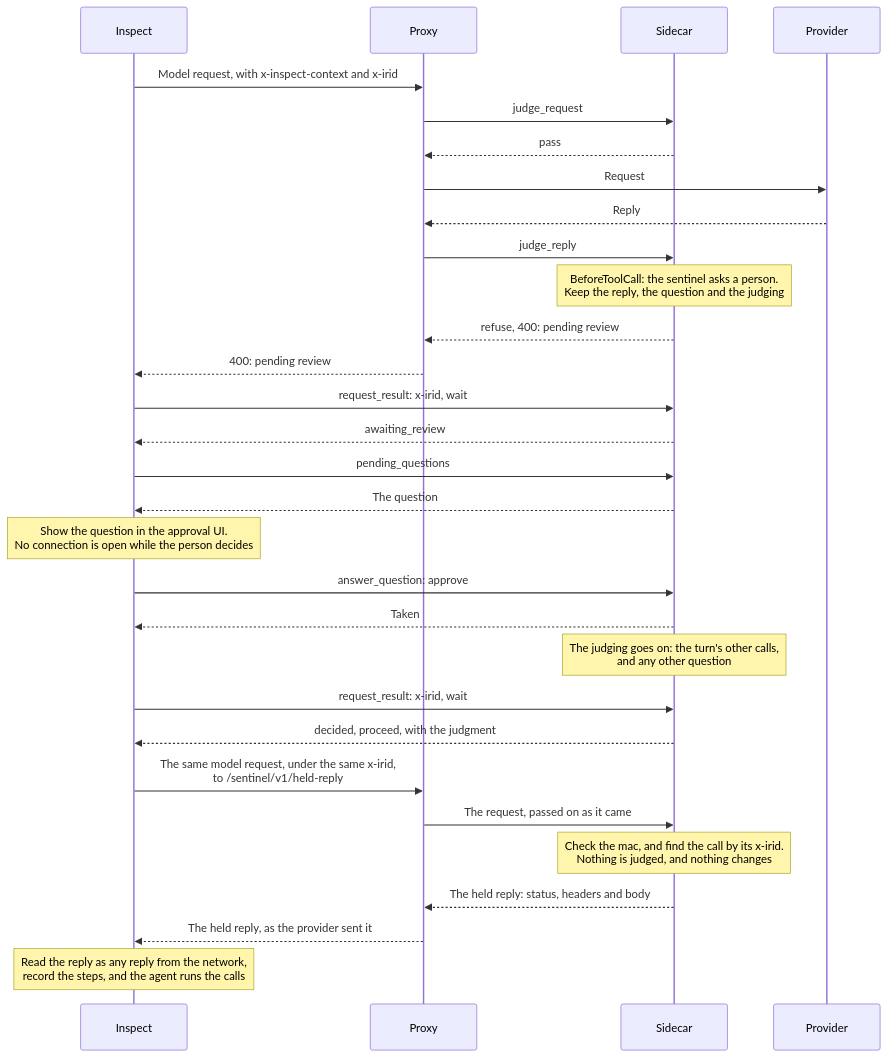
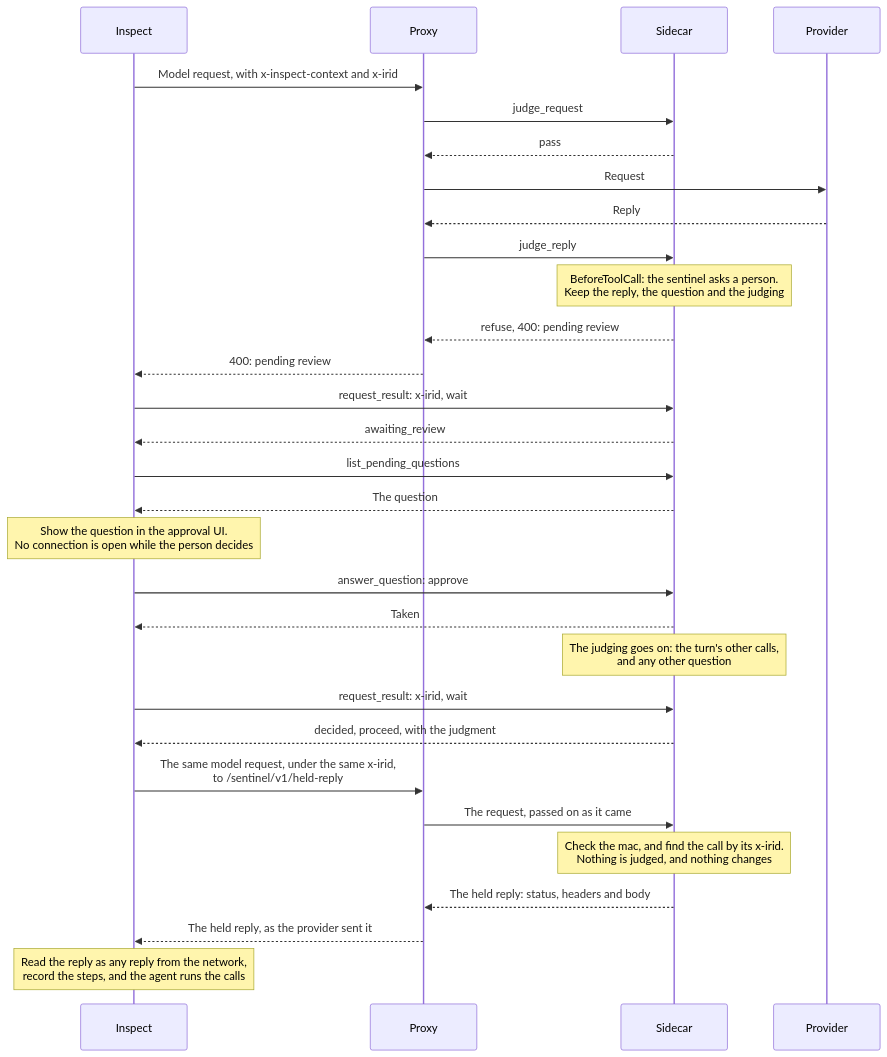
One commit to meridianlabs-ai/inspect_sentinel changed the second of 11 diagrams in design/sidecar.md. Above: the diagram before and after it, drawn with Mermaid. The commit also changed other lines of this file and 7 other files, not shown here.

````diff
--- a/design/sidecar.md
+++ b/design/sidecar.md
@@ -1007,32 +1007,32 @@
 ```mermaid
 sequenceDiagram
     participant I as Inspect
     participant P as Proxy
     participant S as Sidecar
     participant M as Provider
     I->>P: Model request, with x-inspect-context and x-irid
     P->>S: judge_request
     S-->>P: pass
     P->>M: Request
     M-->>P: Reply
     P->>S: judge_reply
     Note over S: BeforeToolCall: the sentinel asks a person.<br/>Keep the reply, the question and the judging
     S-->>P: refuse, 400: pending review
     P-->>I: 400: pending review
     I->>S: request_result: x-irid, wait
     S-->>I: awaiting_review
-    I->>S: pending_questions
+    I->>S: list_pending_questions
     S-->>I: The question
     Note over I: Show the question in the approval UI.<br/>No connection is open while the person decides
     I->>S: answer_question: approve
     S-->>I: Taken
     Note over S: The judging goes on: the turn's other calls,<br/>and any other question
     I->>S: request_result: x-irid, wait
     S-->>I: decided, proceed, with the judgment
     I->>P: The same model request, under the same x-irid,<br/>to /sentinel/v1/held-reply
     P->>S: The request, passed on as it came
     Note over S: Check the mac, and find the call by its x-irid.<br/>Nothing is judged, and nothing changes
     S-->>P: The held reply: status, headers and body
     P-->>I: The held reply, as the provider sent it
     Note over I: Read the reply as any reply from the network,<br/>record the steps, and the agent runs the calls
 ```
````
